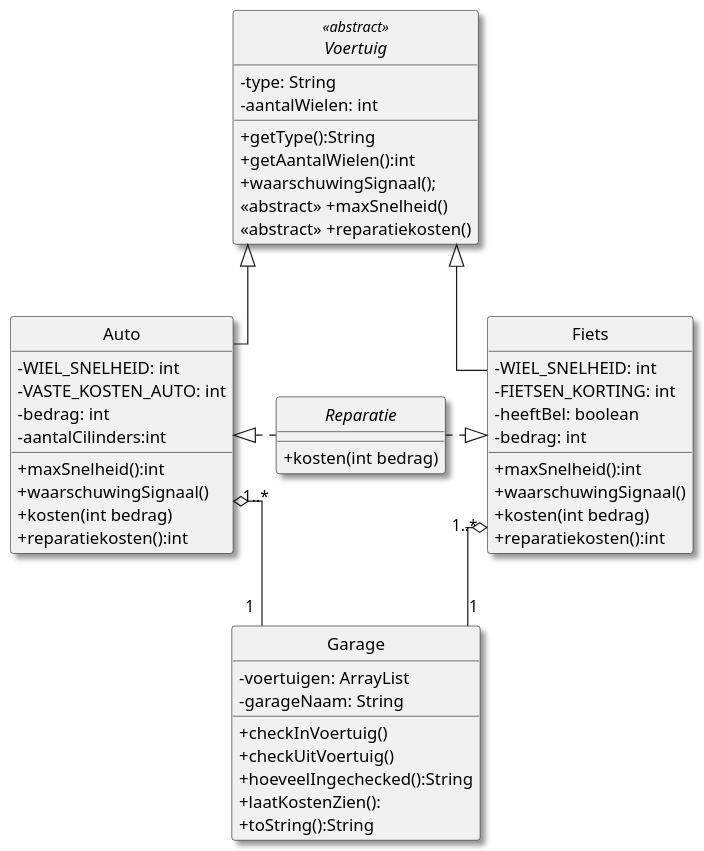
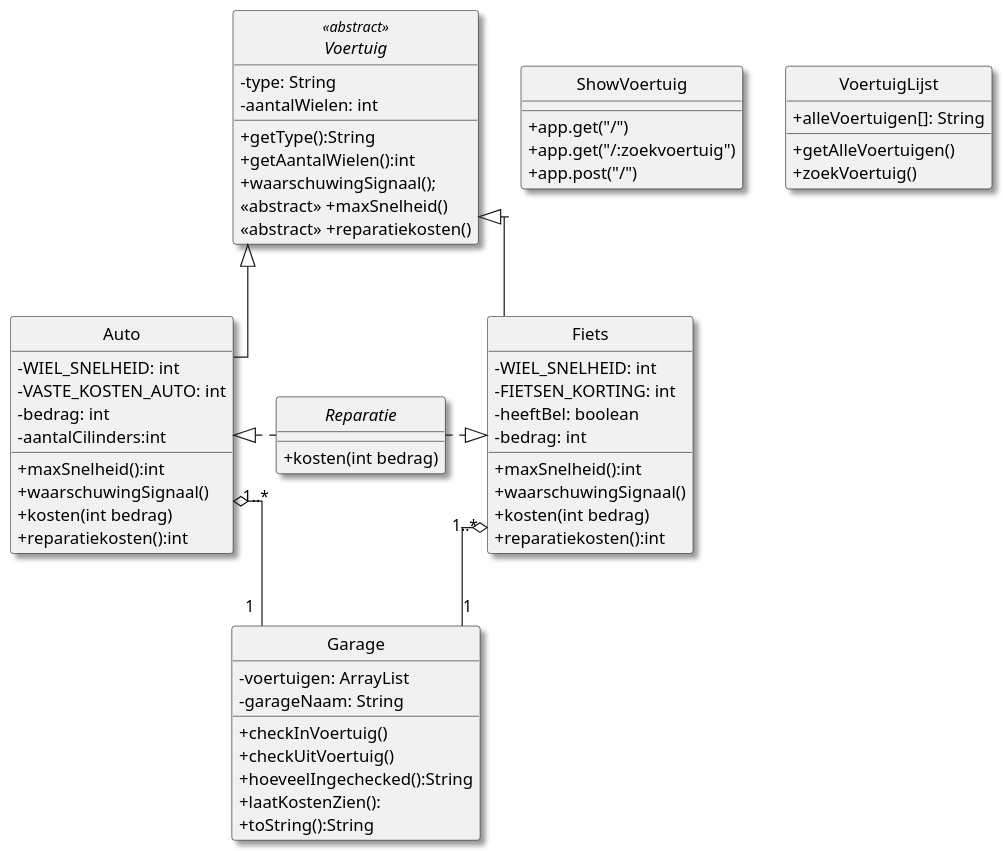
One commit to AdrianOverdijk/OOP2 changed the diagram in src/garageUML.puml. Above: the diagram before and after it, drawn with PlantUML.

Commit message:
Add new classes

```diff
--- a/src/garageUML.puml
+++ b/src/garageUML.puml
@@ -1,68 +1,80 @@
 @startuml
 scale 1.2
 hide circle
 skinparam {
 classAttributeIconSize 0
 monochrome false
 shadowing true
 linetype ortho
 }
 
 Fiets <|.l. Reparatie
 Auto <|.r. Reparatie
 Voertuig <|-d- Auto
 Voertuig <|-d- Fiets
 Fiets "1..*" o-- "1" Garage
 Auto "1..*" o-- "1" Garage
 
 abstract class Voertuig <<abstract>> {
  -type: String
  -aantalWielen: int
 
  +getType():String
  +getAantalWielen():int
  + waarschuwingSignaal();
  <<abstract>> +maxSnelheid()
  <<abstract>> +reparatiekosten()
 }
 
 class Fiets {
  -WIEL_SNELHEID: int
  -FIETSEN_KORTING: int
  -heeftBel: boolean
  -bedrag: int
 
  +maxSnelheid():int
  +waarschuwingSignaal()
  +kosten(int bedrag)
  +reparatiekosten():int
 }
 
 class Auto{
  -WIEL_SNELHEID: int
  -VASTE_KOSTEN_AUTO: int
  -bedrag: int
  -aantalCilinders:int
 
  +maxSnelheid():int
  +waarschuwingSignaal()
  +kosten(int bedrag)
  +reparatiekosten():int
 }
 
 class Garage{
  -voertuigen: ArrayList
  -garageNaam: String
 
  +checkInVoertuig()
  +checkUitVoertuig()
  +hoeveelIngechecked():String
  +laatKostenZien():
  +toString():String
 }
 
 interface Reparatie{
  +kosten(int bedrag)
 }
 
+class ShowVoertuig{
+ +app.get("/")
+ +app.get("/:zoekvoertuig")
+ +app.post("/")
+ }
+
+ class VoertuigLijst{
+ + alleVoertuigen[]: String
+
+ + getAlleVoertuigen()
+ + zoekVoertuig()
+ }
 @enduml
```
